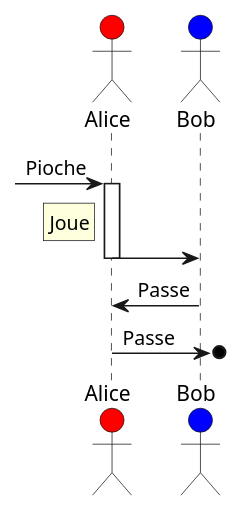
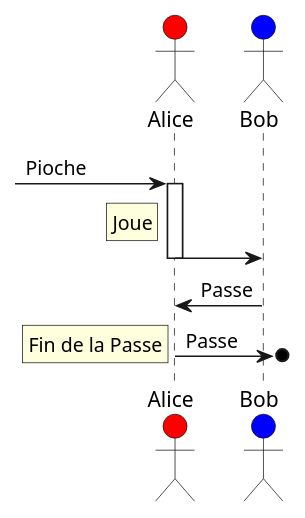
One commit to de-dale/wiki changed the fourth of 7 diagrams in sphérier/référence/phases-de-jeu/combat.md. Above: the diagram before and after it, drawn with PlantUML. The commit also changed other lines of this file, not shown here.

````diff
--- a/sphérier/référence/phases-de-jeu/combat.md
+++ b/sphérier/référence/phases-de-jeu/combat.md
@@ -171,11 +171,12 @@
 ```plantuml
 actor Alice #red
 actor Bob #blue
 [-> Alice ++ : Pioche
 
 rnote left of Alice: Joue
 Alice -> Bob --
 
 Bob -> Alice : Passe
 Alice ->o] : Passe
+rnote right : Fin de la Passe
 ```
````
